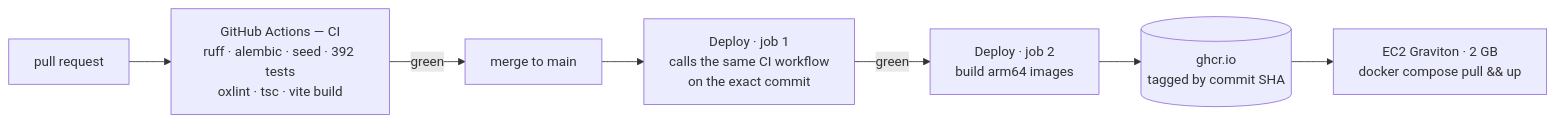
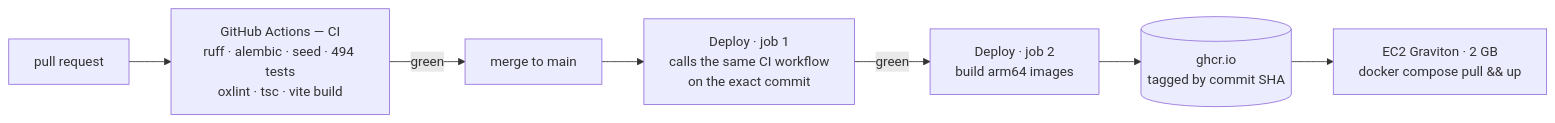
One commit to Sadhna2/pharmacy_inventory_managment_system changed the seventh of 7 diagrams in docs/ARCHITECTURE.md. Above: the diagram before and after it, drawn with Mermaid. The commit also changed other lines of this file and 13 other files, not shown here.

````diff
--- a/docs/ARCHITECTURE.md
+++ b/docs/ARCHITECTURE.md
@@ -214,9 +266,9 @@
 ```mermaid
 flowchart LR
-    PR["pull request"] --> CI["GitHub Actions — CI<br/>ruff · alembic · seed · 392 tests<br/>oxlint · tsc · vite build"]
+    PR["pull request"] --> CI["GitHub Actions — CI<br/>ruff · alembic · seed · 494 tests<br/>oxlint · tsc · vite build"]
     CI -->|"green"| MAIN["merge to main"]
     MAIN --> GATE["Deploy · job 1<br/>calls the same CI workflow<br/>on the exact commit"]
     GATE -->|"green"| BUILD["Deploy · job 2<br/>build arm64 images"]
     BUILD --> GHCR[("ghcr.io<br/>tagged by commit SHA")]
     GHCR --> EC2["EC2 Graviton · 2 GB<br/>docker compose pull && up"]
 ```
````
